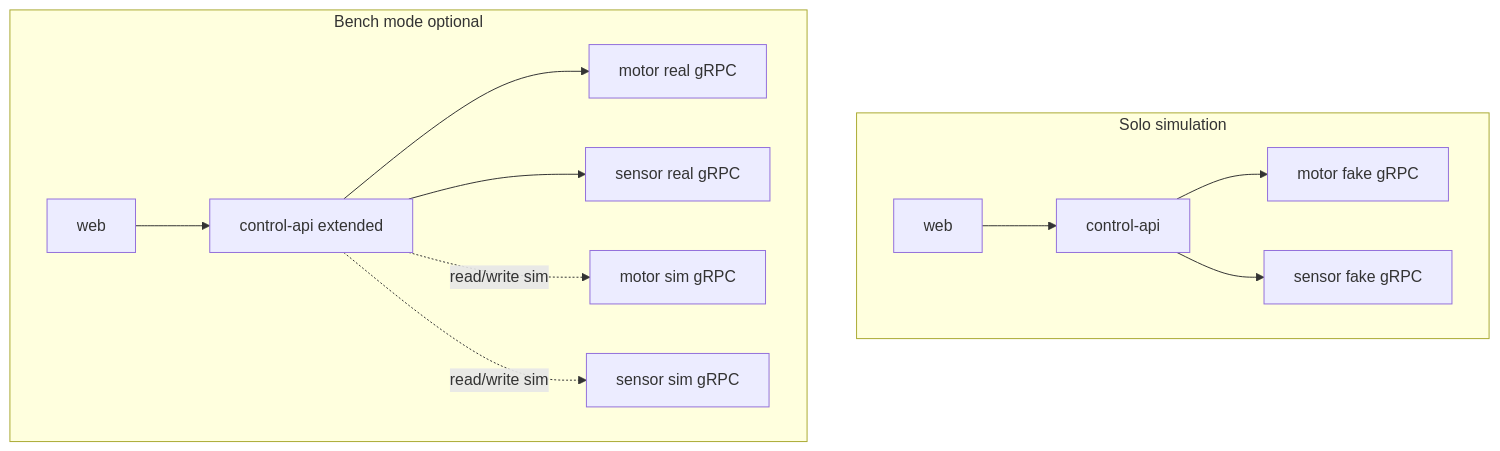
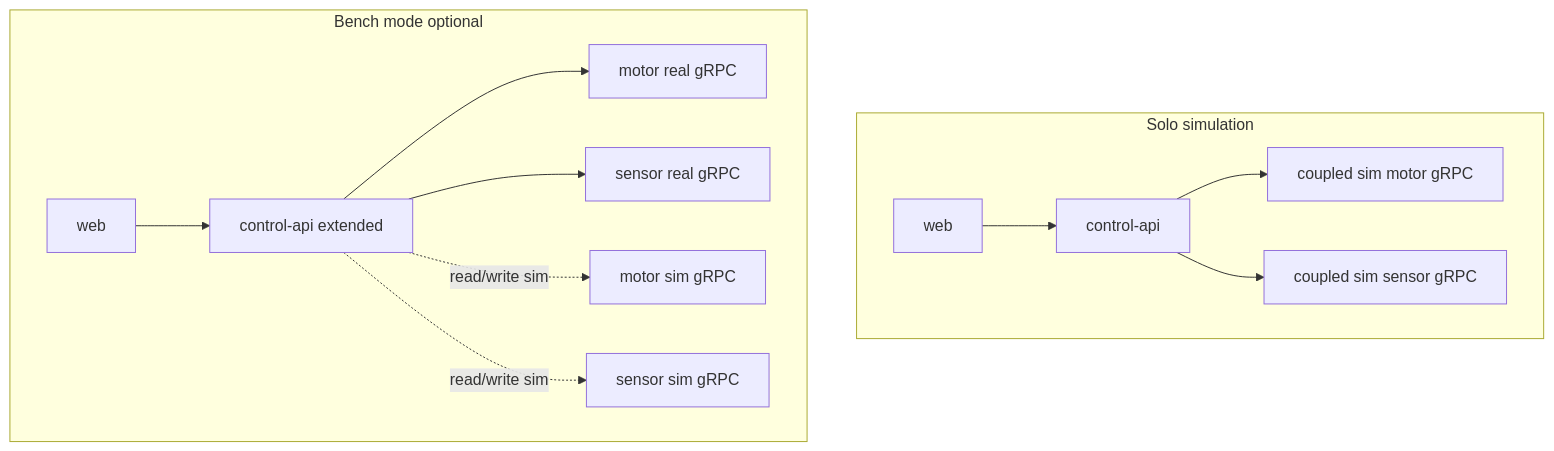
The first of 2 diagrams in docs/simulation-and-bench.md (SamuelC54/real-pendulum-2), drawn with Mermaid before and after one commit. The commit also changed other lines of this file and 16 other files, not shown here.

First line of the commit message:
Remove standalone fake motor server; use coupled sim for E2E.

````diff
--- a/docs/simulation-and-bench.md
+++ b/docs/simulation-and-bench.md
@@ -31,26 +31,26 @@
 ```mermaid
 flowchart TB
   subgraph solo [Solo simulation]
     WEB1[web]
     API1[control-api]
-    FM[motor fake gRPC]
-    FS[sensor fake gRPC]
+    FM[coupled sim motor gRPC]
+    FS[coupled sim sensor gRPC]
     WEB1 --> API1
     API1 --> FM
     API1 --> FS
   end
 
   subgraph bench [Bench mode optional]
     WEB2[web]
     API2[control-api extended]
     MR[motor real gRPC]
     SR[sensor real gRPC]
     MS[motor sim gRPC]
     SS[sensor sim gRPC]
     WEB2 --> API2
     API2 --> MR
     API2 --> SR
     API2 -.->|read/write sim| MS
     API2 -.->|read/write sim| SS
   end
 ```
````
